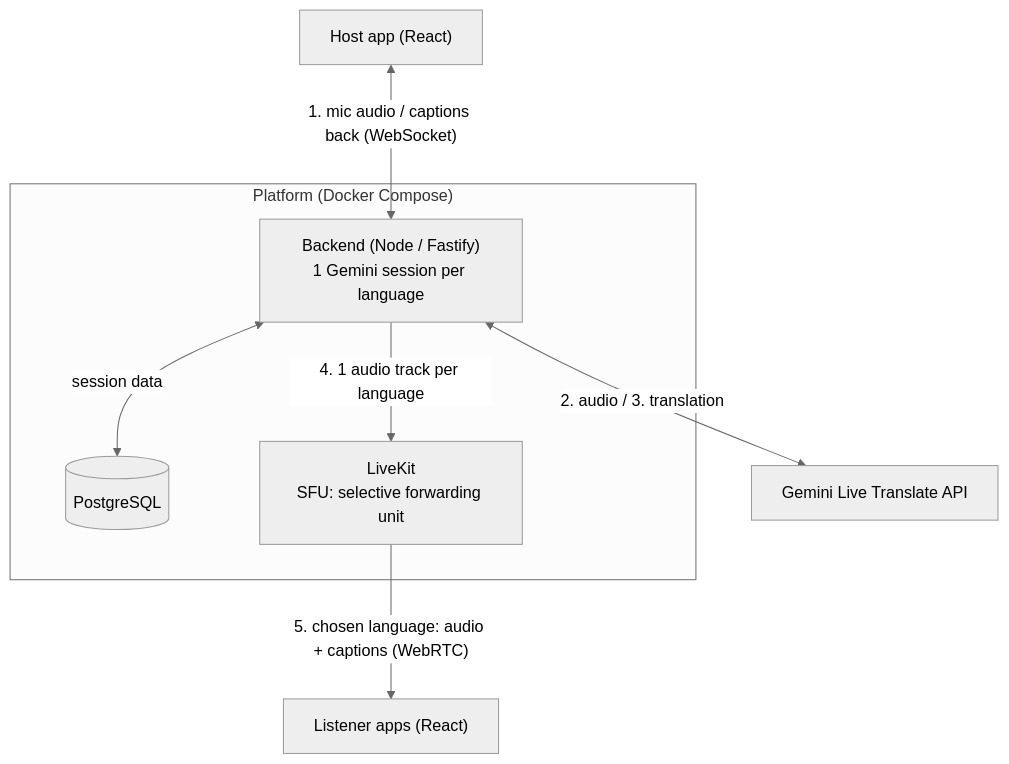
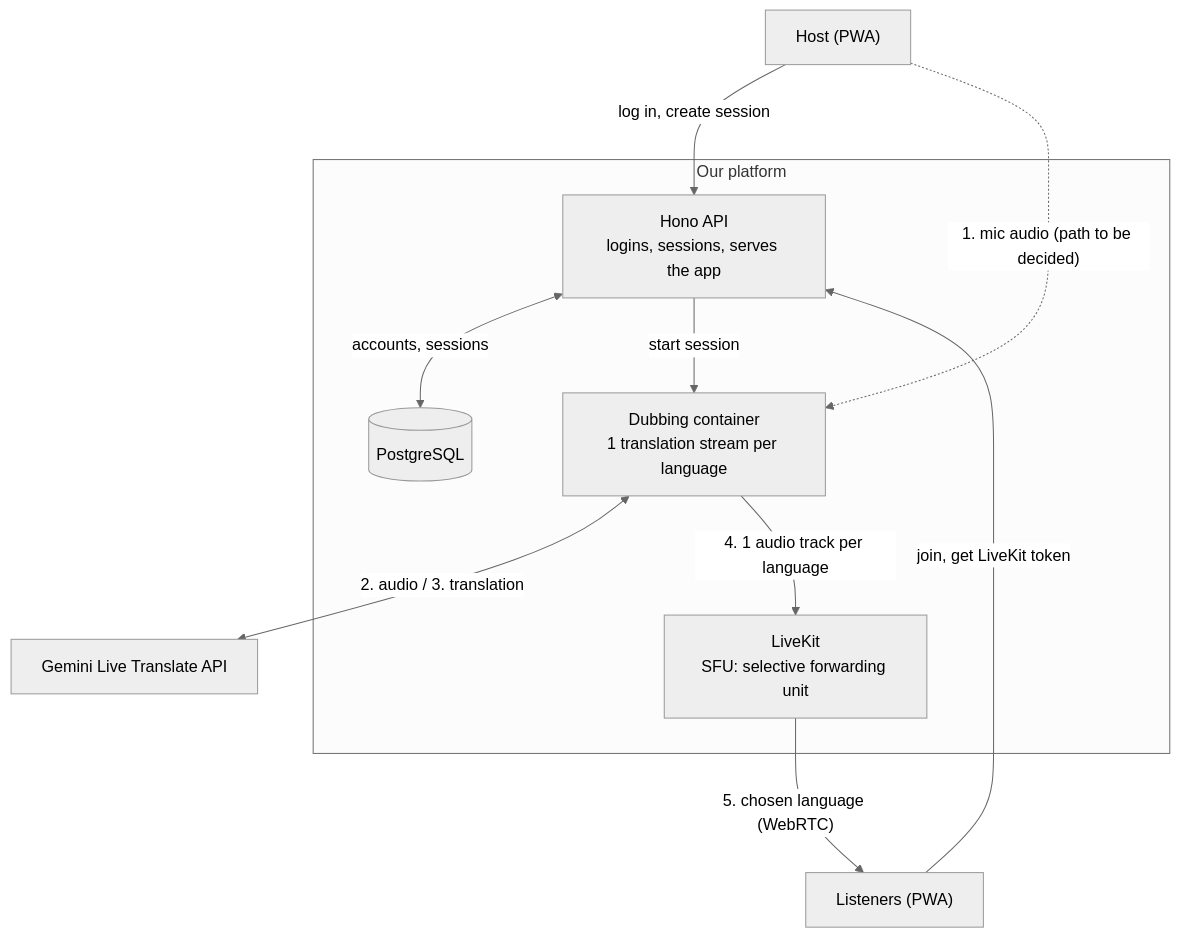
One commit to WH1TE-SHAD0W/ai-dubbing-studio changed the first of 5 diagrams in docs/architecture.md. Above: the diagram before and after it, drawn with Mermaid (neutral theme). The commit also changed other lines of this file and 1 other file, not shown here.

Commit message:
docs: rewrite Architecture to match the decision records

````diff
--- a/docs/architecture.md
+++ b/docs/architecture.md
@@ -13,20 +24,24 @@
 ```mermaid
 %%{init: {"flowchart": {"nodeSpacing": 90, "rankSpacing": 70}}}%%
 flowchart TB
-  Host["Host app (React)"]
+  Host["Host (PWA)"]
+  Listener["Listeners (PWA)"]
 
-  subgraph Platform["Platform (Docker Compose)"]
-    Backend["Backend (Node / Fastify)<br/>1 Gemini session per language"]
+  subgraph Platform["Our platform"]
+    API["Hono API<br/>logins, sessions, serves the app"]
     DB[("PostgreSQL")]
+    Dubbing["Dubbing container<br/>1 translation stream per language"]
     SFU["LiveKit<br/>SFU: selective forwarding unit"]
   end
 
   Gemini["Gemini Live Translate API"]
-  Listener["Listener apps (React)"]
 
-  Host <-- "1. mic audio / captions back (WebSocket)" --> Backend
-  Backend <-- "2. audio / 3. translation" --> Gemini
-  Backend <-- "session data" --> DB
-  Backend -- "4. 1 audio track per language" --> SFU
-  SFU -- "5. chosen language: audio + captions (WebRTC)" --> Listener
+  Host -- "log in, create session" --> API
+  Listener -- "join, get LiveKit token" --> API
+  API <-- "accounts, sessions" --> DB
+  API -- "start session" --> Dubbing
+  Host -. "1. mic audio (path to be decided)" .-> Dubbing
+  Dubbing <-- "2. audio / 3. translation" --> Gemini
+  Dubbing -- "4. 1 audio track per language" --> SFU
+  SFU -- "5. chosen language (WebRTC)" --> Listener
 ```
````
